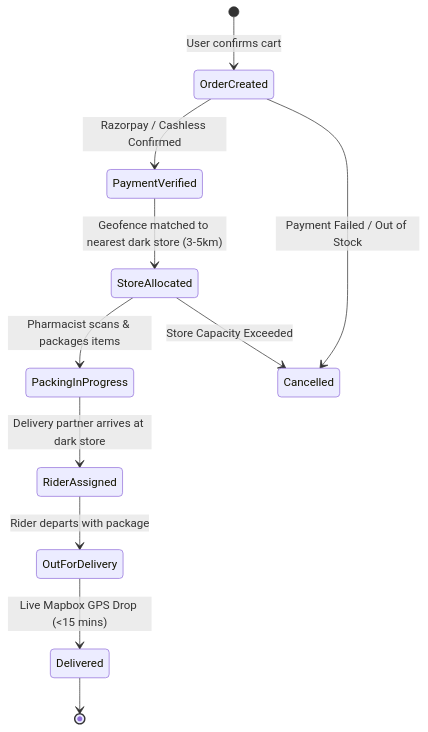
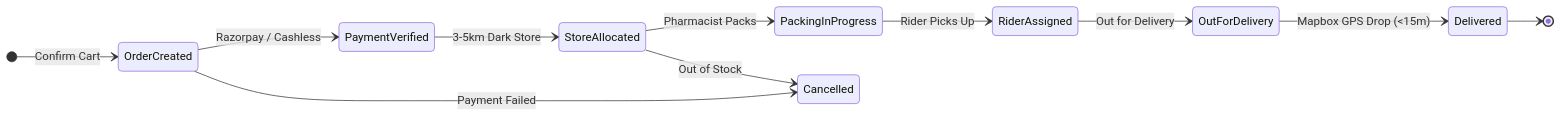
One commit to pavanstarkin-tech/healthyxpress_medha changed the ninth of 11 diagrams in README.md. Above: the diagram before and after it, drawn with Mermaid. The commit also changed other lines of this file, not shown here.

Commit message:
Docs: Convert all flowcharts and state diagrams to horizontal (LR) orientation to prevent vertical window overflow

````diff
--- a/README.md
+++ b/README.md
@@ -436,14 +443,15 @@
 ```mermaid
 stateDiagram-v2
-    [*] --> OrderCreated: User confirms cart
-    OrderCreated --> PaymentVerified: Razorpay / Cashless Confirmed
-    PaymentVerified --> StoreAllocated: Geofence matched to nearest dark store (3-5km)
-    StoreAllocated --> PackingInProgress: Pharmacist scans & packages items
-    PackingInProgress --> RiderAssigned: Delivery partner arrives at dark store
-    RiderAssigned --> OutForDelivery: Rider departs with package
-    OutForDelivery --> Delivered: Live Mapbox GPS Drop (<15 mins)
+    direction LR
+    [*] --> OrderCreated: Confirm Cart
+    OrderCreated --> PaymentVerified: Razorpay / Cashless
+    PaymentVerified --> StoreAllocated: 3-5km Dark Store
+    StoreAllocated --> PackingInProgress: Pharmacist Packs
+    PackingInProgress --> RiderAssigned: Rider Picks Up
+    RiderAssigned --> OutForDelivery: Out for Delivery
+    OutForDelivery --> Delivered: Mapbox GPS Drop (<15m)
     Delivered --> [*]
 
-    OrderCreated --> Cancelled: Payment Failed / Out of Stock
-    StoreAllocated --> Cancelled: Store Capacity Exceeded
+    OrderCreated --> Cancelled: Payment Failed
+    StoreAllocated --> Cancelled: Out of Stock
 ```
````
